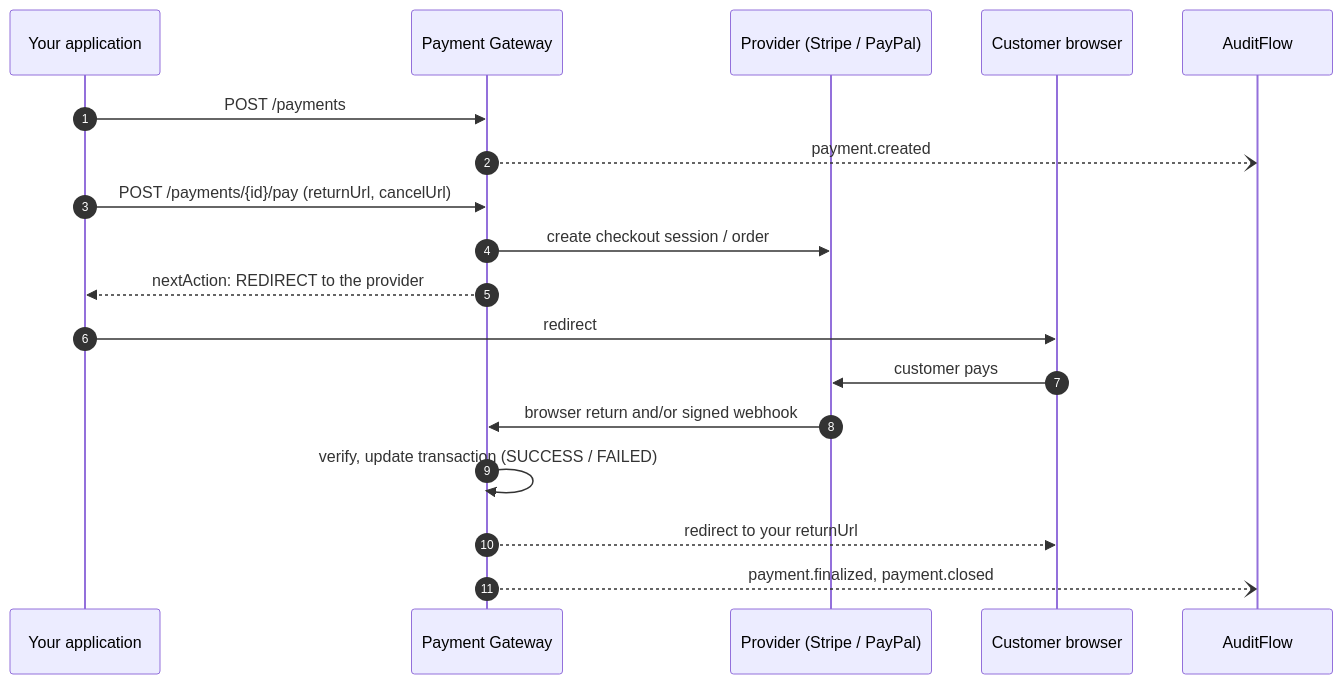
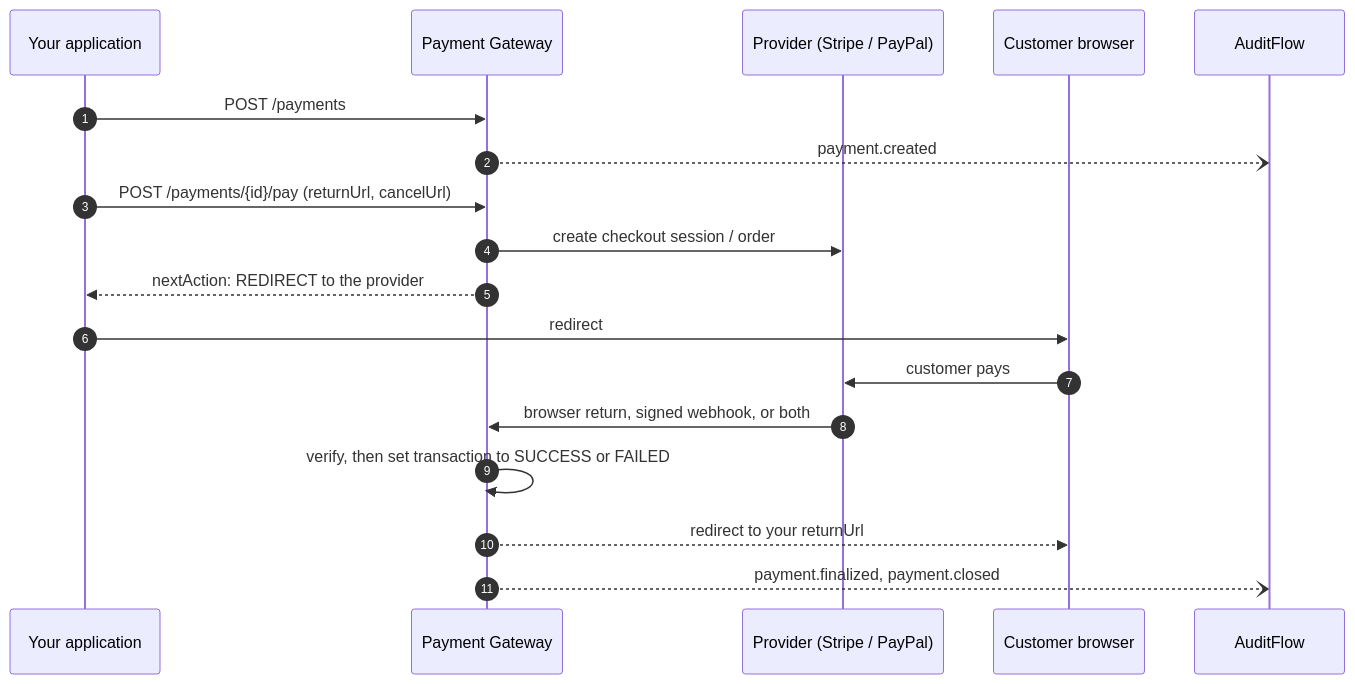
Before and after one commit to Labs64/labs64.io-docs: the diagram in modules/payment-gateway/index.md, drawn with Mermaid. The commit also changed other lines of this file and 26 other files, not shown here.

````diff
--- a/modules/payment-gateway/index.md
+++ b/modules/payment-gateway/index.md
@@ -44,21 +44,21 @@
 ```mermaid
 sequenceDiagram
     autonumber
     participant A as Your application
     participant PG as Payment Gateway
     participant PSP as Provider (Stripe / PayPal)
     participant B as Customer browser
     participant AF as AuditFlow
 
     A->>PG: POST /payments
     PG--)AF: payment.created
     A->>PG: POST /payments/{id}/pay (returnUrl, cancelUrl)
     PG->>PSP: create checkout session / order
     PG-->>A: nextAction: REDIRECT to the provider
     A->>B: redirect
     B->>PSP: customer pays
-    PSP->>PG: browser return and/or signed webhook
-    PG->>PG: verify, update transaction (SUCCESS / FAILED)
+    PSP->>PG: browser return, signed webhook, or both
+    PG->>PG: verify, then set transaction to SUCCESS or FAILED
     PG-->>B: redirect to your returnUrl
     PG--)AF: payment.finalized, payment.closed
 ```
````
